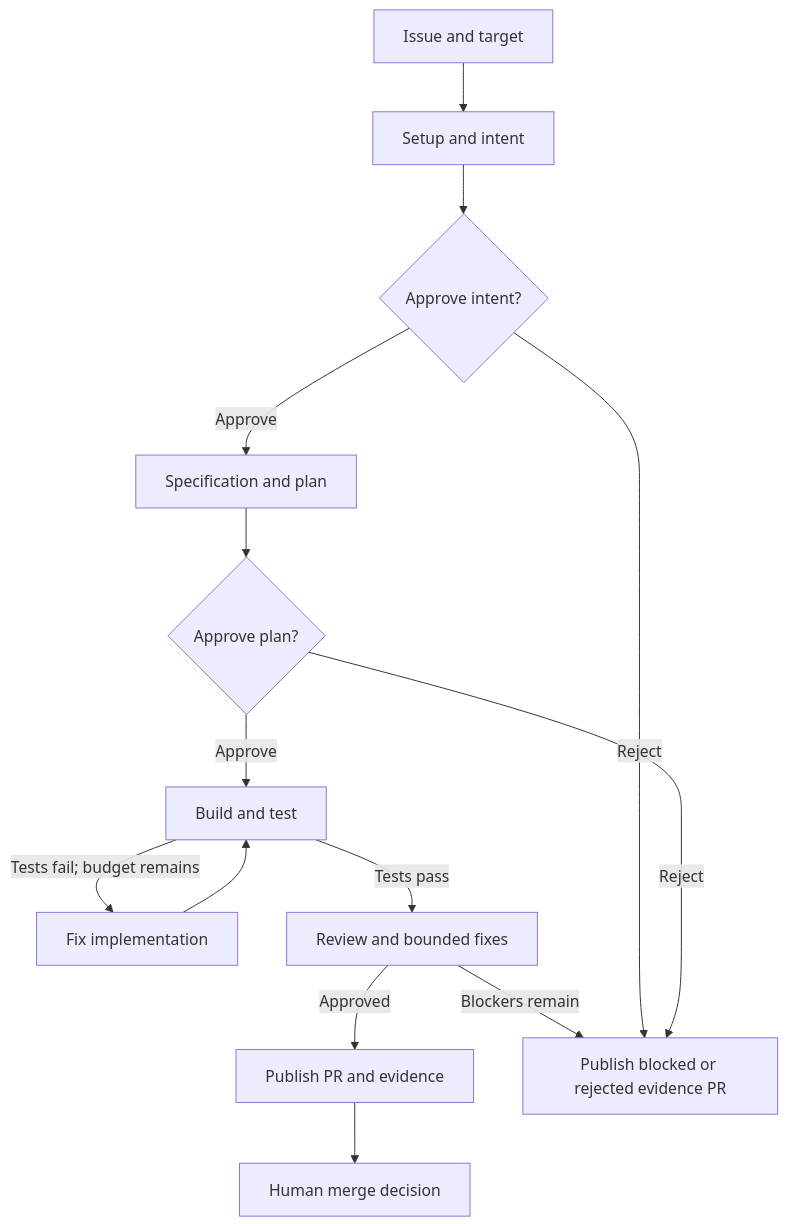
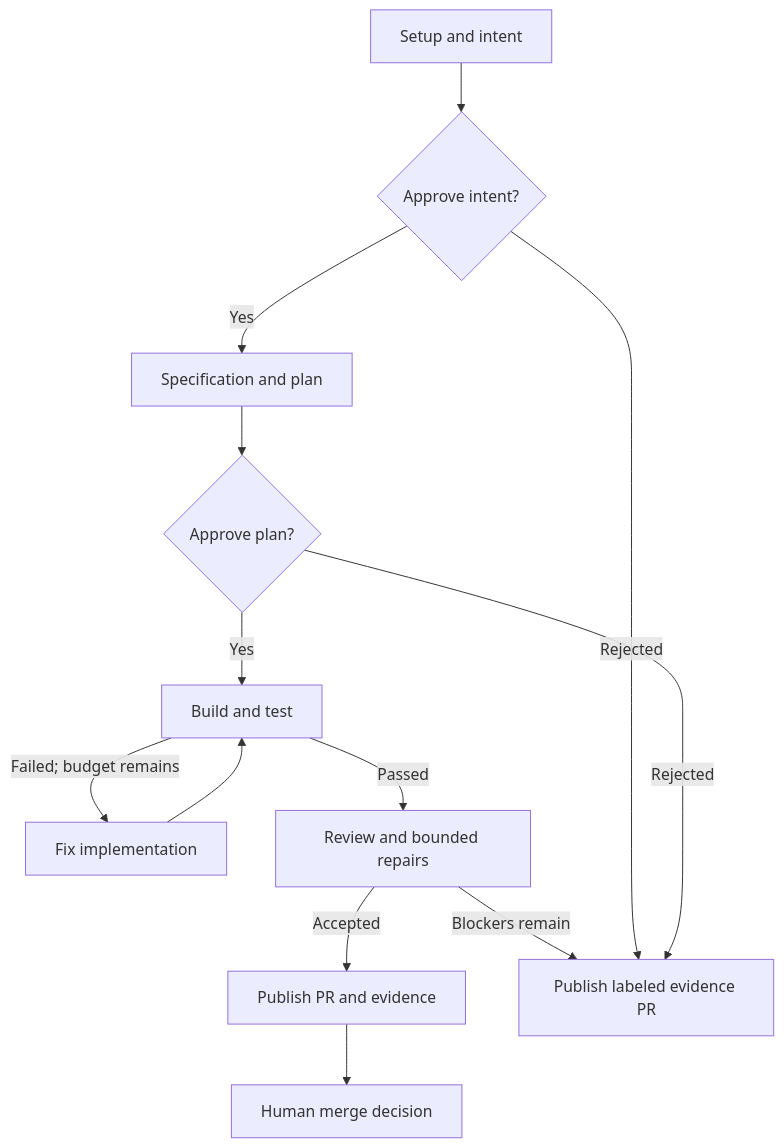
One commit to zozo123/ariflow-swfactory changed the second of 2 diagrams in README.md. Above: the diagram before and after it, drawn with Mermaid. The commit also changed other lines of this file and 1 other file, not shown here.

````diff
--- a/README.md
+++ b/README.md
@@ -105,16 +129,15 @@
 ```mermaid
 flowchart TD
-    I["Issue and target"] --> S["Setup and intent"]
-    S --> G1{"Approve intent?"}
-    G1 -->|Approve| P["Specification and plan"]
-    P --> G2{"Approve plan?"}
-    G2 -->|Approve| B["Build and test"]
-    B -->|Tests fail; budget remains| F["Fix implementation"]
+    I["Setup and intent"] --> A{"Approve intent?"}
+    A -->|Yes| P["Specification and plan"]
+    P --> G{"Approve plan?"}
+    G -->|Yes| B["Build and test"]
+    B -->|Failed; budget remains| F["Fix implementation"]
     F --> B
-    B -->|Tests pass| R["Review and bounded fixes"]
-    R -->|Approved| D["Publish PR and evidence"]
-    R -->|Blockers remain| X["Publish blocked or rejected evidence PR"]
-    G1 -->|Reject| X
-    G2 -->|Reject| X
+    B -->|Passed| R["Review and bounded repairs"]
+    R -->|Accepted| D["Publish PR and evidence"]
+    R -->|Blockers remain| X["Publish labeled evidence PR"]
+    A -->|Rejected| X
+    G -->|Rejected| X
     D --> H["Human merge decision"]
 ```
````
